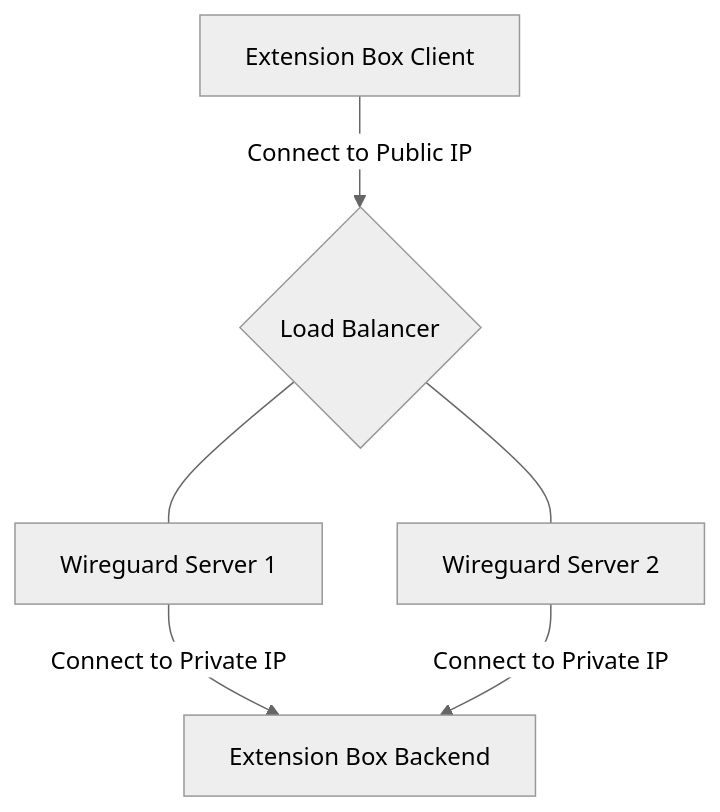
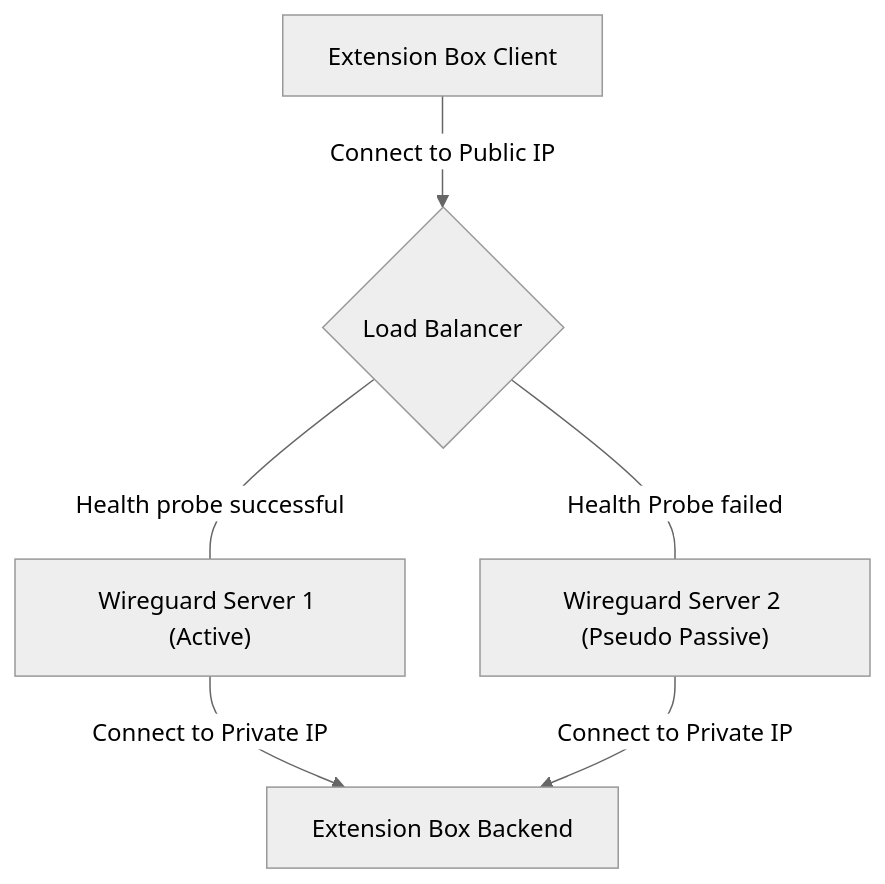
The third of 3 diagrams in README.md (grabx/wireguard-lb), drawn with Mermaid (neutral theme) before and after one commit. The commit also changed other lines of this file, not shown here.

````diff
--- a/README.md
+++ b/README.md
@@ -46,8 +46,8 @@
 ```mermaid
 flowchart TD
     A[Extension Box Client] -->|Connect to Public IP| B{Load Balancer}
-    B --- X["Wireguard Server 1"]
-    B --- Y["Wireguard Server 2"]
+    B ---|Health probe successful| X["Wireguard Server 1 (Active)"]
+    B ---|Health Probe failed| Y["Wireguard Server 2 (Pseudo Passive)"]
     X -->|Connect to Private IP| E[Extension Box Backend]
     Y -->|Connect to Private IP| E[Extension Box Backend]
 ```
````
